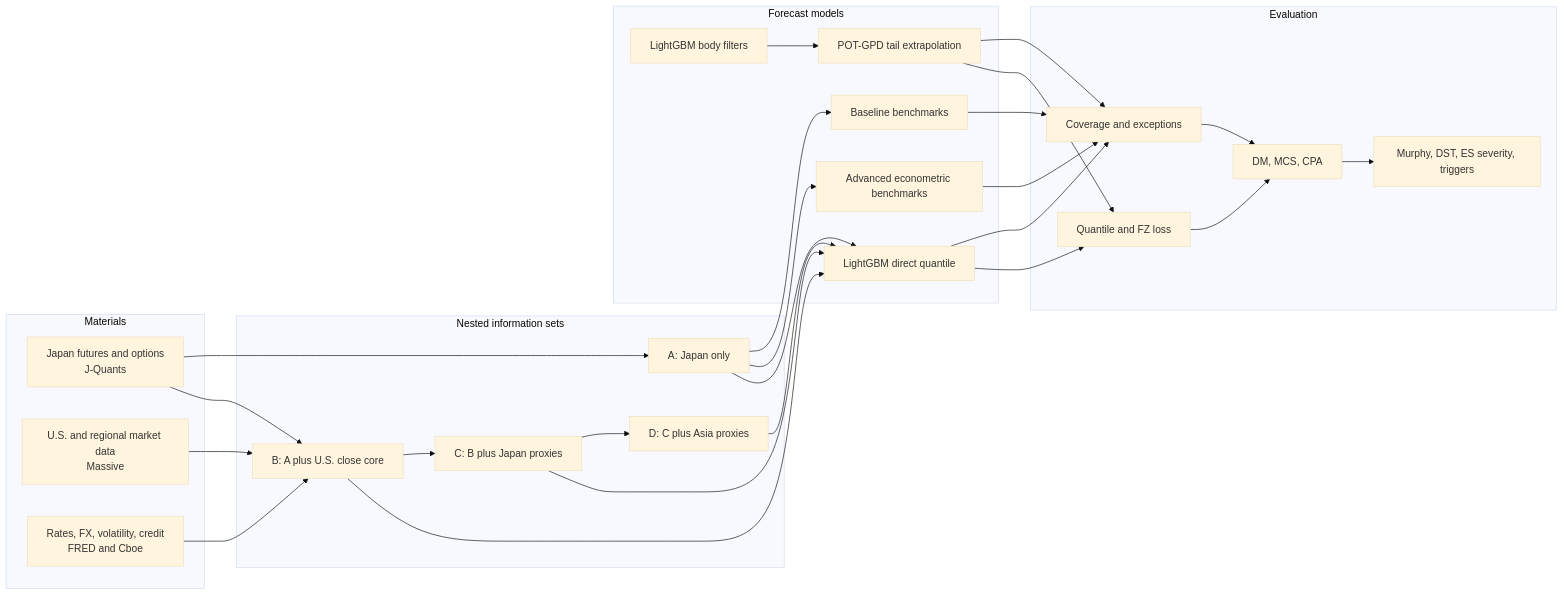
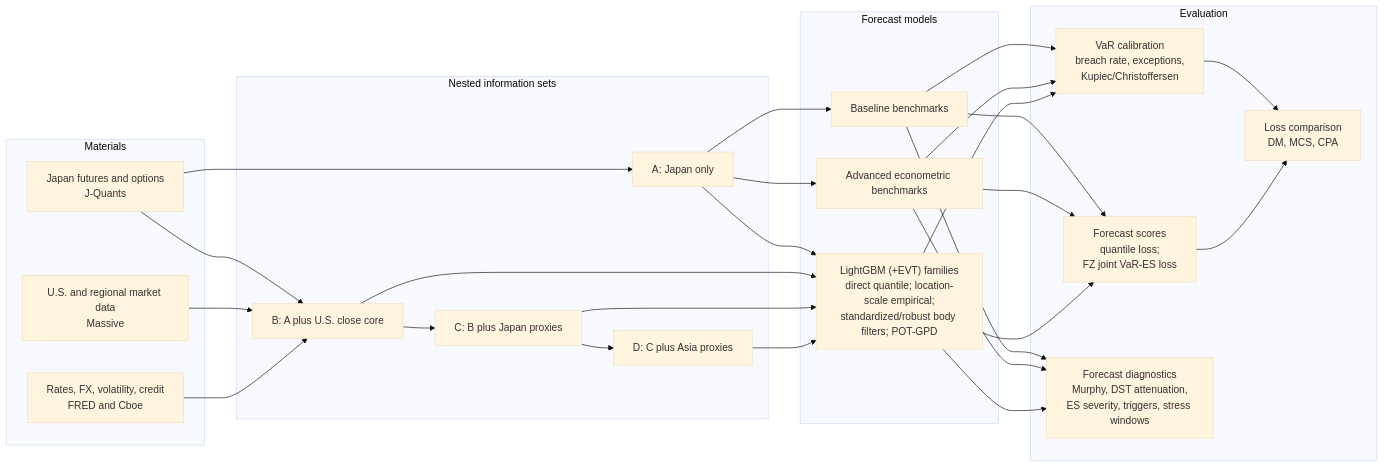
Before and after one commit to TY-Cheng/n225-open-gap-tail: the second of 2 diagrams in docs/paper_plan.md, drawn with Mermaid (base theme). The commit also changed other lines of this file and 13 other files, not shown here.

````diff
--- a/docs/paper_plan.md
+++ b/docs/paper_plan.md
@@ -360,53 +367,52 @@
 ```mermaid
 flowchart LR
     subgraph Data["Materials"]
         J["Japan futures and options<br/>J-Quants"]
         U["U.S. and regional market data<br/>Massive"]
         M["Rates, FX, volatility, credit<br/>FRED and Cboe"]
     end
 
     subgraph Features["Nested information sets"]
         A["A: Japan only"]
         B["B: A plus U.S. close core"]
         C["C: B plus Japan proxies"]
         D["D: C plus Asia proxies"]
     end
 
     subgraph Models["Forecast models"]
         BF["Baseline benchmarks"]
         AB["Advanced econometric benchmarks"]
-        LQ["LightGBM direct quantile"]
-        LS["LightGBM body filters"]
-        EVT["POT-GPD tail extrapolation"]
+        LGBM["LightGBM (+EVT) families<br/>direct quantile; location-scale empirical;<br/>standardized/robust body filters; POT-GPD"]
     end
 
     subgraph Evaluation["Evaluation"]
-        CAL["Coverage and exceptions"]
-        LOSS["Quantile and FZ loss"]
-        INF["DM, MCS, CPA"]
-        DIAG["Murphy, DST, ES severity, triggers"]
+        CAL["VaR calibration<br/>breach rate, exceptions,<br/>Kupiec/Christoffersen"]
+        LOSS["Forecast scores<br/>quantile loss;<br/>FZ joint VaR-ES loss"]
+        INF["Loss comparison<br/>DM, MCS, CPA"]
+        DIAG["Forecast diagnostics<br/>Murphy, DST attenuation,<br/>ES severity, triggers, stress windows"]
     end
 
     J --> A
     J --> B
     U --> B
     M --> B
     B --> C
     C --> D
     A --> BF
     A --> AB
-    A --> LQ
-    B --> LQ
-    C --> LQ
-    D --> LQ
-    LQ --> CAL
-    LQ --> LOSS
-    LS --> EVT
-    EVT --> CAL
-    EVT --> LOSS
+    A --> LGBM
+    B --> LGBM
+    C --> LGBM
+    D --> LGBM
     BF --> CAL
+    BF --> LOSS
+    BF --> DIAG
     AB --> CAL
+    AB --> LOSS
+    AB --> DIAG
+    LGBM --> CAL
+    LGBM --> LOSS
+    LGBM --> DIAG
     CAL --> INF
     LOSS --> INF
-    INF --> DIAG
 ```
````
